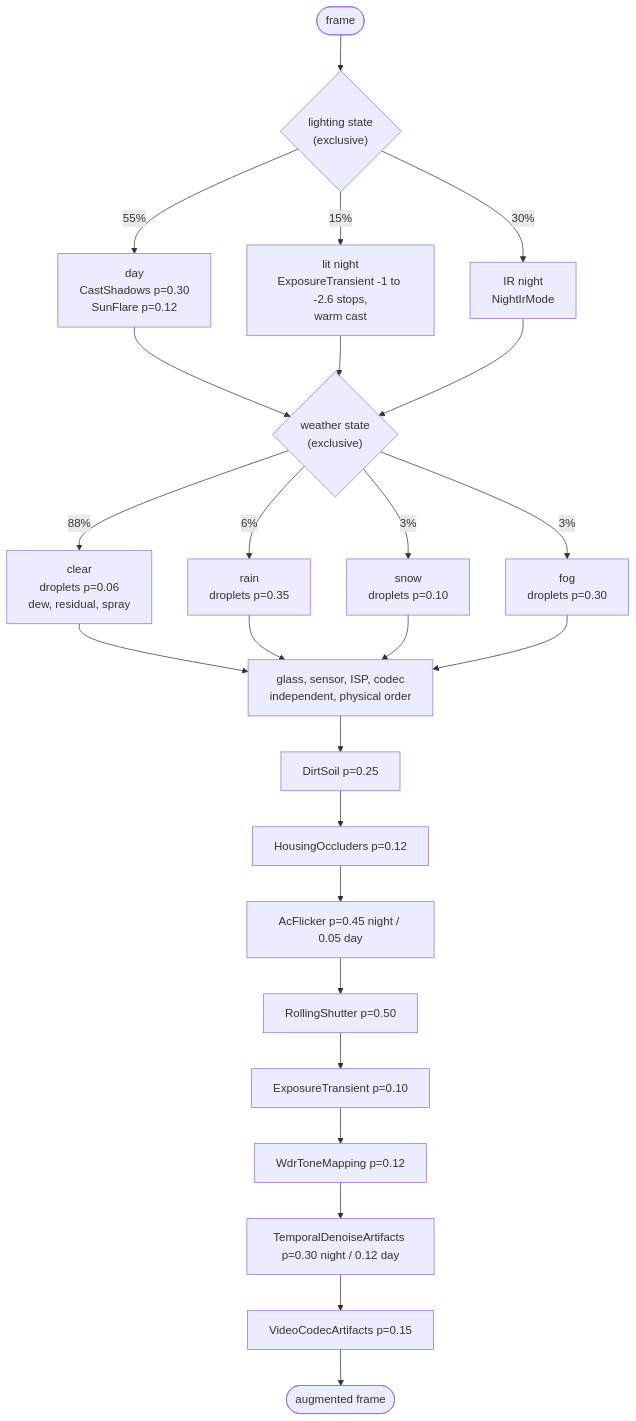
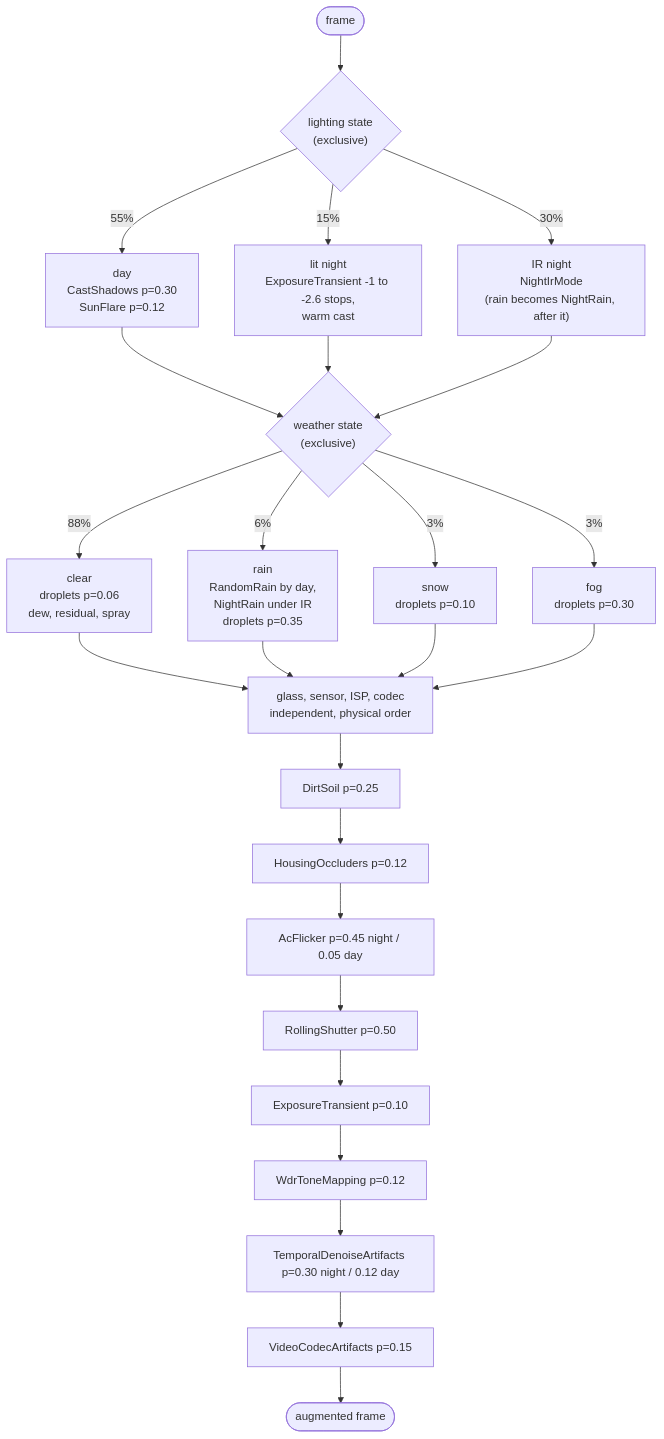
One commit to desmoteo/surmentations changed the diagram in docs/pipelines.md. Above: the diagram before and after it, drawn with Mermaid. The commit also changed other lines of this file and 44 other files, not shown here.

First line of the commit message:
Wire NightRain through the presets, gallery, benchmark and pipelines

````diff
--- a/docs/pipelines.md
+++ b/docs/pipelines.md
@@ -107,27 +107,27 @@
 ```mermaid
 flowchart TD
     START([frame]) --> LIGHT{"lighting state<br/>(exclusive)"}
     LIGHT -->|55%| DAY["day<br/>CastShadows p=0.30<br/>SunFlare p=0.12"]
     LIGHT -->|15%| LIT["lit night<br/>ExposureTransient -1 to -2.6 stops,<br/>warm cast"]
-    LIGHT -->|30%| IR["IR night<br/>NightIrMode"]
+    LIGHT -->|30%| IR["IR night<br/>NightIrMode<br/>(rain becomes NightRain, after it)"]
     DAY --> W{"weather state<br/>(exclusive)"}
     LIT --> W
     IR --> W
     W -->|88%| CLEAR["clear<br/>droplets p=0.06<br/>dew, residual, spray"]
-    W -->|6%| RAIN["rain<br/>droplets p=0.35"]
+    W -->|6%| RAIN["rain<br/>RandomRain by day,<br/>NightRain under IR<br/>droplets p=0.35"]
     W -->|3%| SNOW["snow<br/>droplets p=0.10"]
     W -->|3%| FOG["fog<br/>droplets p=0.30"]
     CLEAR --> TAIL
     RAIN --> TAIL
     SNOW --> TAIL
     FOG --> TAIL
     TAIL["glass, sensor, ISP, codec<br/>independent, physical order"] --> T1["DirtSoil p=0.25"]
     T1 --> T2["HousingOccluders p=0.12"]
     T2 --> T3["AcFlicker p=0.45 night / 0.05 day"]
     T3 --> T4["RollingShutter p=0.50"]
     T4 --> T5["ExposureTransient p=0.10"]
     T5 --> T6["WdrToneMapping p=0.12"]
     T6 --> T7["TemporalDenoiseArtifacts p=0.30 night / 0.12 day"]
     T7 --> T8["VideoCodecArtifacts p=0.15"]
     T8 --> OUT([augmented frame])
 ```
````
